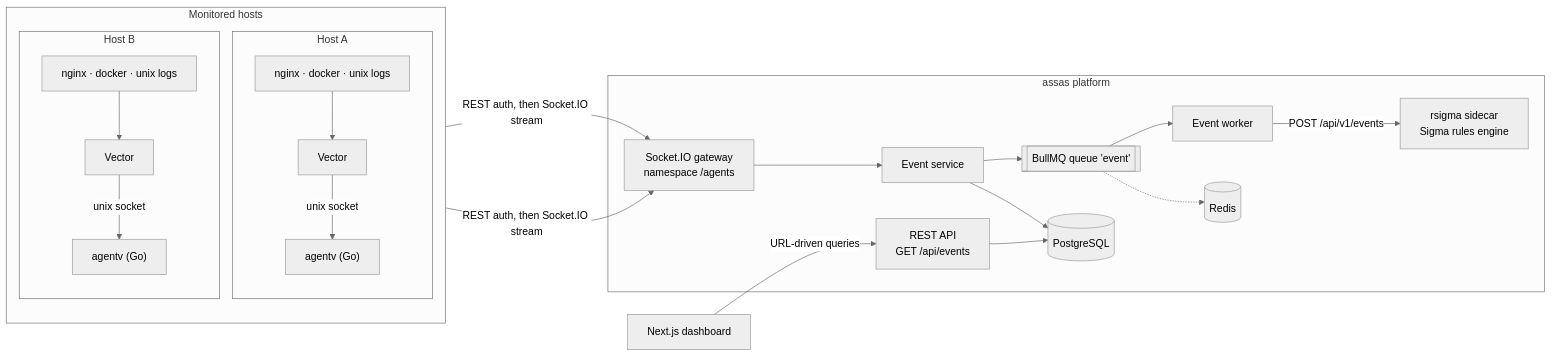
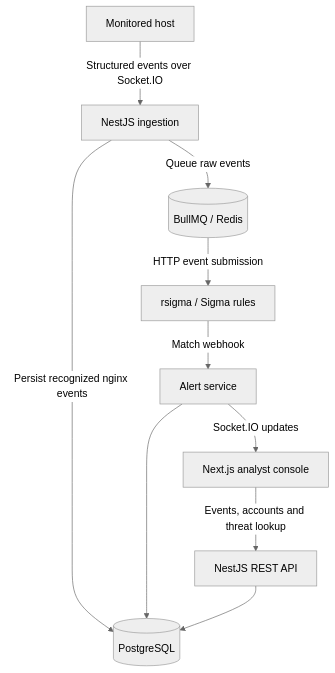
The diagram in projects/assas/README.md (zakaria-jaddad/zakaria-jaddad.github.io), drawn with Mermaid (neutral theme) before and after one commit. The commit also changed other lines of this file and 114 other files, not shown here.

````diff
--- a/projects/assas/README.md
+++ b/projects/assas/README.md
@@ -48,34 +7,12 @@
 ```mermaid
-flowchart LR
-  subgraph HOSTS["Monitored hosts"]
-    direction TB
-    subgraph HA["Host A"]
-      LA["nginx · docker · unix logs"] --> VECA["Vector"]
-      VECA -->|"unix socket"| AVA["agentv (Go)"]
-    end
-    subgraph HB["Host B"]
-      LB["nginx · docker · unix logs"] --> VECB["Vector"]
-      VECB -->|"unix socket"| AVB["agentv (Go)"]
-    end
-  end
-
-  subgraph SRV["assas platform"]
-    GW["Socket.IO gateway<br/>namespace /agents"]
-    SVC["Event service"]
-    QUEUE[["BullMQ queue 'event'"]]
-    WRK["Event worker"]
-    API["REST API<br/>GET /api/events"]
-    PG[("PostgreSQL")]
-    RD[("Redis")]
-    SIG["rsigma sidecar<br/>Sigma rules engine"]
-  end
-
-  AVA -->|"REST auth, then Socket.IO stream"| GW
-  AVB -->|"REST auth, then Socket.IO stream"| GW
-  GW --> SVC
-  SVC --> QUEUE --> WRK -->|"POST /api/v1/events"| SIG
-  SVC --> PG
-  QUEUE -.-> RD
-  API --> PG
-  FE["Next.js dashboard"] -->|"URL-driven queries"| API
+flowchart TD
+  Host["Monitored host"] -->|"Structured events over Socket.IO"| Ingest["NestJS ingestion"]
+  Ingest -->|"Persist recognized nginx events"| DB[("PostgreSQL")]
+  Ingest -->|"Queue raw events"| Queue[("BullMQ / Redis")]
+  Queue -->|"HTTP event submission"| Sigma["rsigma / Sigma rules"]
+  Sigma -->|"Match webhook"| Alerts["Alert service"]
+  Alerts --> DB
+  API["NestJS REST API"] --> DB
+  UI["Next.js analyst console"] -->|"Events, accounts and threat lookup"| API
+  Alerts -->|"Socket.IO updates"| UI
 ```
````
